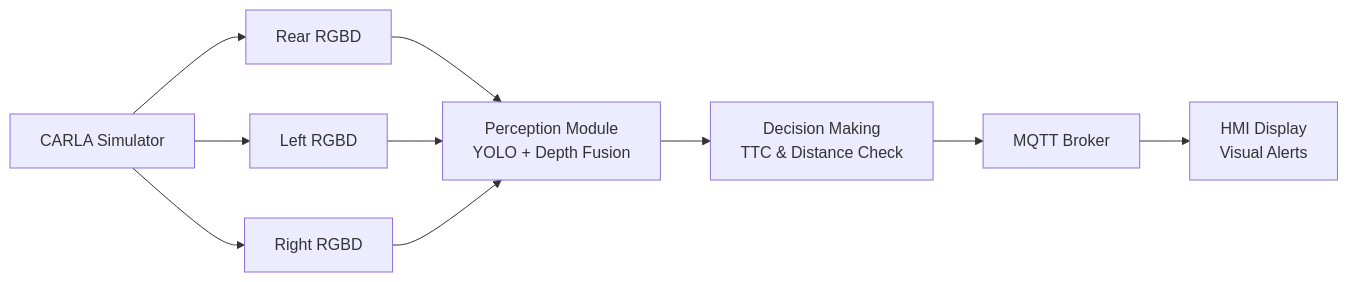
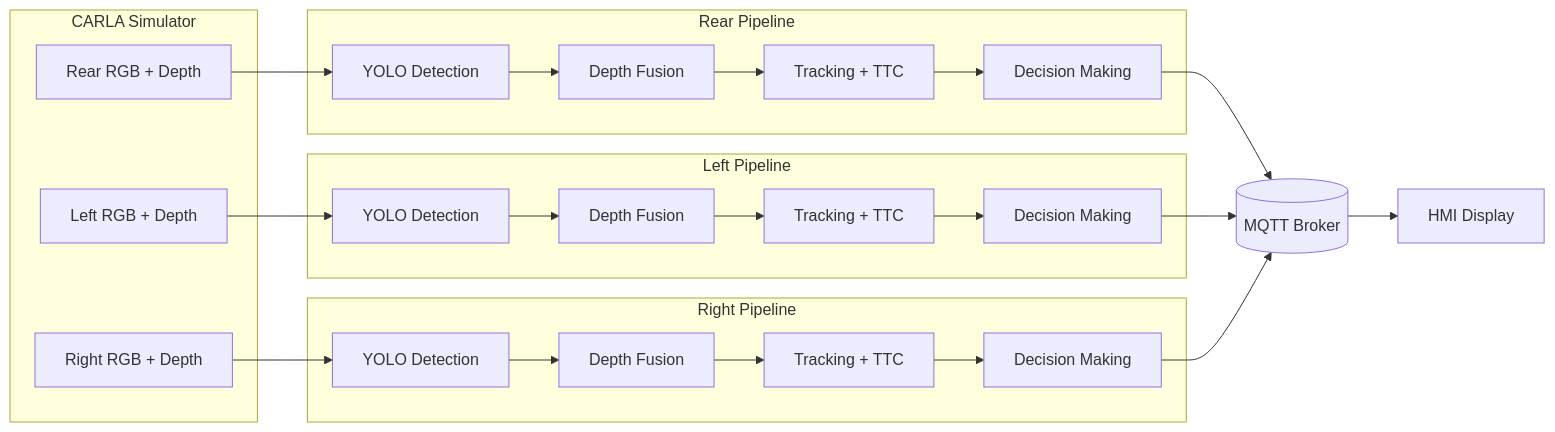
One commit to unibo-dslab-projects/SVS24-GianmariaCasamenti-SVS-RCTA changed the diagram in docs/sections/3_Architecture.md. Above: the diagram before and after it, drawn with Mermaid. The commit also changed 1 other file, not shown here.

````diff
--- a/docs/sections/3_Architecture.md
+++ b/docs/sections/3_Architecture.md
@@ -15,10 +15,27 @@
 ```mermaid
 graph LR
-    A[CARLA Simulator] --> B1[Rear RGBD]
-    A --> B2[Left RGBD]
-    A --> B3[Right RGBD]
-    B1 & B2 & B3 --> C[Perception Module<br/>YOLO + Depth Fusion]
-    C --> D[Decision Making<br/>TTC & Distance Check]
-    D --> E[MQTT Broker]
-    E --> F[HMI Display<br/>Visual Alerts]
+    subgraph CARLA["CARLA Simulator"]
+        S1[Rear RGB + Depth]
+        S2[Left RGB + Depth]
+        S3[Right RGB + Depth]
+    end
+
+    subgraph REAR["Rear Pipeline"]
+        P1[YOLO Detection] --> F1[Depth Fusion] --> T1[Tracking + TTC] --> D1[Decision Making]
+    end
+
+    subgraph LEFT["Left Pipeline"]
+        P2[YOLO Detection] --> F2[Depth Fusion] --> T2[Tracking + TTC] --> D2[Decision Making]
+    end
+
+    subgraph RIGHT["Right Pipeline"]
+        P3[YOLO Detection] --> F3[Depth Fusion] --> T3[Tracking + TTC] --> D3[Decision Making]
+    end
+
+    S1 --> P1
+    S2 --> P2
+    S3 --> P3
+
+    D1 & D2 & D3 --> MQTT[(MQTT Broker)]
+    MQTT --> HMI[HMI Display]
 ```
````
